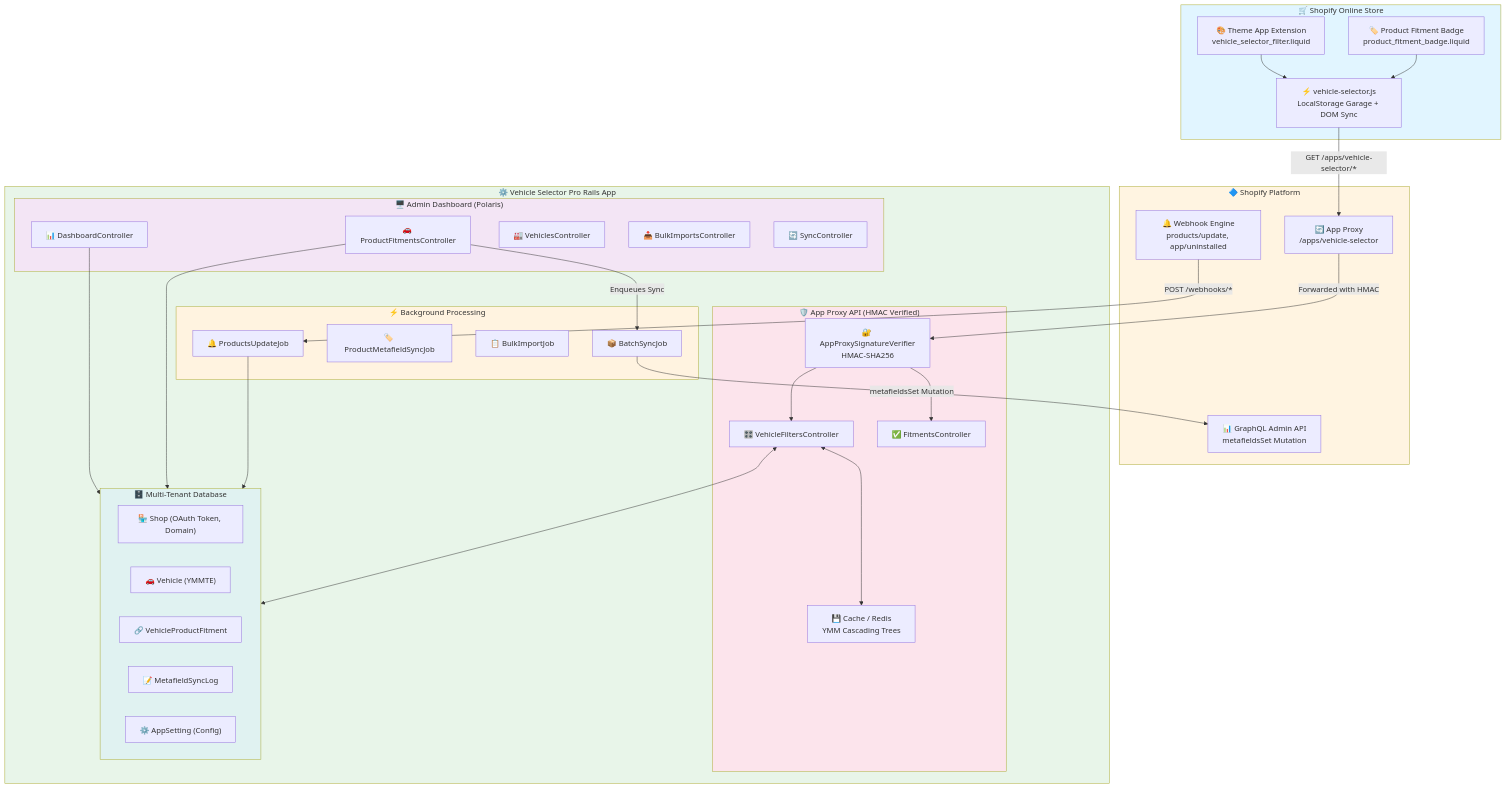
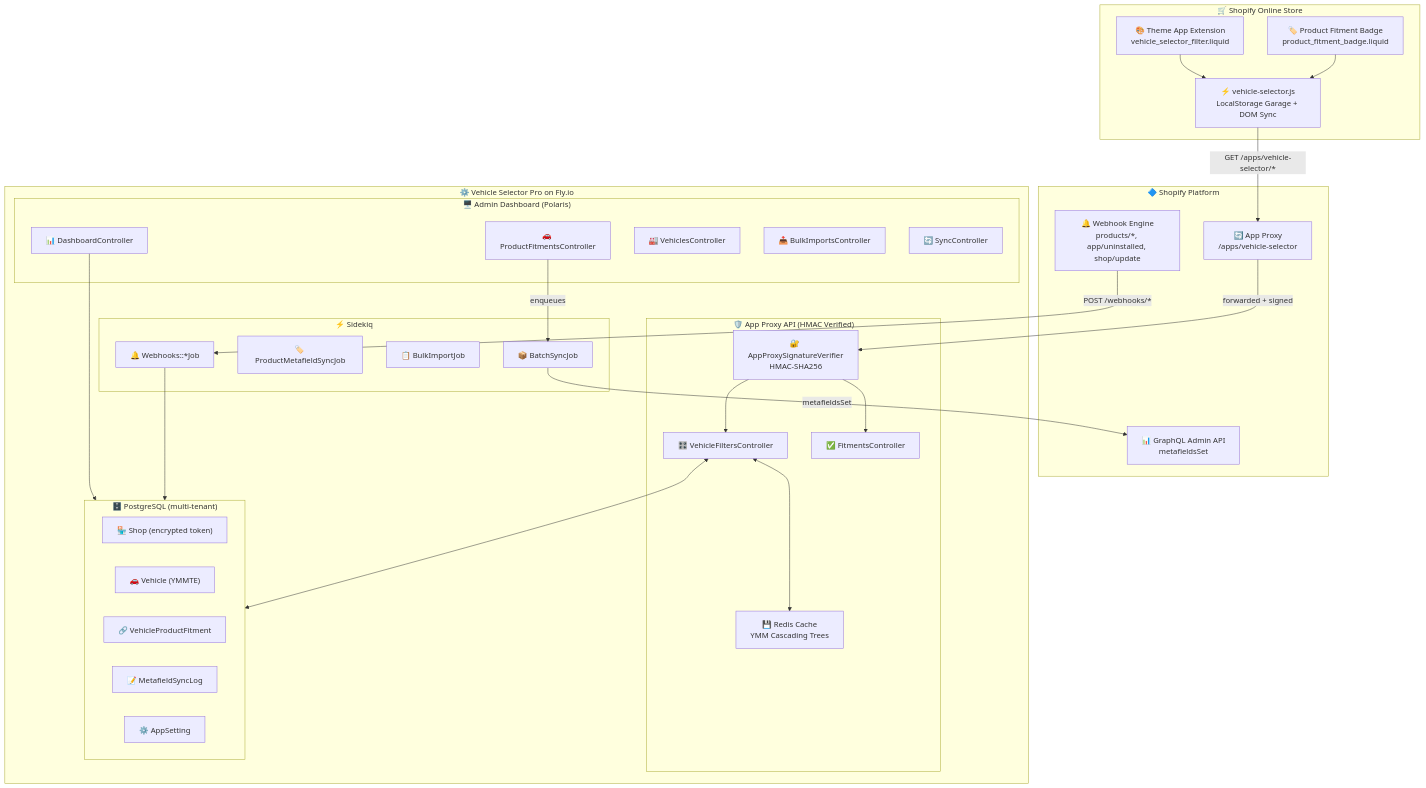
One commit to ai-dev-2024/vehicle-selector-pro changed the first of 2 diagrams in README.md. Above: the diagram before and after it, drawn with Mermaid. The commit also changed other lines of this file and 48 other files, not shown here.

````diff
--- a/README.md
+++ b/README.md
@@ -101,70 +68,61 @@
 ```mermaid
 graph TB
     subgraph Storefront ["🛒 Shopify Online Store"]
         TAE["🎨 Theme App Extension<br/>vehicle_selector_filter.liquid"]
         PFC["🏷️ Product Fitment Badge<br/>product_fitment_badge.liquid"]
         StoreJS["⚡ vehicle-selector.js<br/>LocalStorage Garage + DOM Sync"]
     end
 
     subgraph ShopifyPlatform ["🔷 Shopify Platform"]
         ShopifyProxy["🔄 App Proxy<br/>/apps/vehicle-selector"]
-        ShopifyGQL["📊 GraphQL Admin API<br/>metafieldsSet Mutation"]
-        ShopifyWH["🔔 Webhook Engine<br/>products/update, app/uninstalled"]
+        ShopifyGQL["📊 GraphQL Admin API<br/>metafieldsSet"]
+        ShopifyWH["🔔 Webhook Engine<br/>products/*, app/uninstalled, shop/update"]
     end
 
-    subgraph RailsApp ["⚙️ Vehicle Selector Pro Rails App"]
+    subgraph RailsApp ["⚙️ Vehicle Selector Pro on Fly.io"]
         subgraph ProxyLayer ["🛡️ App Proxy API (HMAC Verified)"]
             ProxyAuth["🔐 AppProxySignatureVerifier<br/>HMAC-SHA256"]
             FilterCtrl["🎛️ VehicleFiltersController"]
             FitmentCtrl["✅ FitmentsController"]
-            Cache["💾 Cache / Redis<br/>YMM Cascading Trees"]
+            Cache["💾 Redis Cache<br/>YMM Cascading Trees"]
         end
 
         subgraph AdminUI ["🖥️ Admin Dashboard (Polaris)"]
             Dashboard["📊 DashboardController"]
             Fitments["🚗 ProductFitmentsController"]
             Vehicles["🏭 VehiclesController"]
             BulkImport["📥 BulkImportsController"]
             SyncCtrl["🔄 SyncController"]
         end
 
-        subgraph BackgroundJobs ["⚡ Background Processing"]
+        subgraph BackgroundJobs ["⚡ Sidekiq"]
             BatchSyncJob["📦 BatchSyncJob"]
             ProductSyncJob["🏷️ ProductMetafieldSyncJob"]
             BulkImportJob["📋 BulkImportJob"]
-            WebhookJobs["🔔 ProductsUpdateJob"]
+            WebhookJobs["🔔 Webhooks::*Job"]
         end
 
-        subgraph DomainModels ["🗄️ Multi-Tenant Database"]
-            Shop["🏪 Shop (OAuth Token, Domain)"]
+        subgraph DomainModels ["🗄️ PostgreSQL (multi-tenant)"]
+            Shop["🏪 Shop (encrypted token)"]
             Vehicle["🚗 Vehicle (YMMTE)"]
             Fitment["🔗 VehicleProductFitment"]
             SyncLog["📝 MetafieldSyncLog"]
-            AppSetting["⚙️ AppSetting (Config)"]
+            AppSetting["⚙️ AppSetting"]
         end
     end
 
     TAE --> StoreJS
     PFC --> StoreJS
     StoreJS -->|GET /apps/vehicle-selector/*| ShopifyProxy
-    ShopifyProxy -->|Forwarded with HMAC| ProxyAuth
+    ShopifyProxy -->|forwarded + signed| ProxyAuth
     ProxyAuth --> FilterCtrl
     ProxyAuth --> FitmentCtrl
     FilterCtrl <--> Cache
     FilterCtrl <--> DomainModels
 
     Dashboard --> DomainModels
-    Fitments --> DomainModels
-    Fitments -->|Enqueues Sync| BatchSyncJob
-    BatchSyncJob -->|metafieldsSet Mutation| ShopifyGQL
+    Fitments -->|enqueues| BatchSyncJob
+    BatchSyncJob -->|metafieldsSet| ShopifyGQL
     ShopifyWH -->|POST /webhooks/*| WebhookJobs
     WebhookJobs --> DomainModels
-
-    style Storefront fill:#e1f5ff
-    style ShopifyPlatform fill:#fff4e1
-    style RailsApp fill:#e8f5e9
-    style ProxyLayer fill:#fce4ec
-    style AdminUI fill:#f3e5f5
-    style BackgroundJobs fill:#fff3e0
-    style DomainModels fill:#e0f2f1
 ```
````
